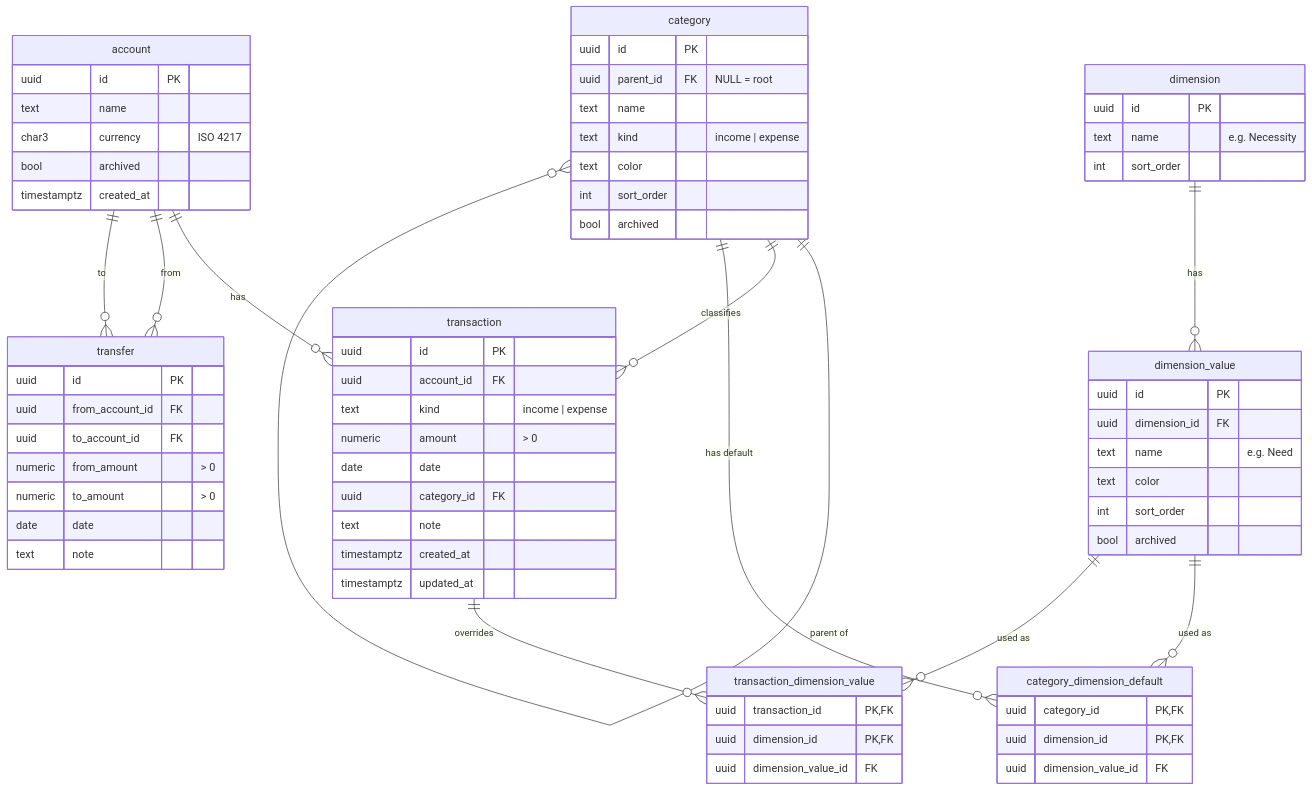
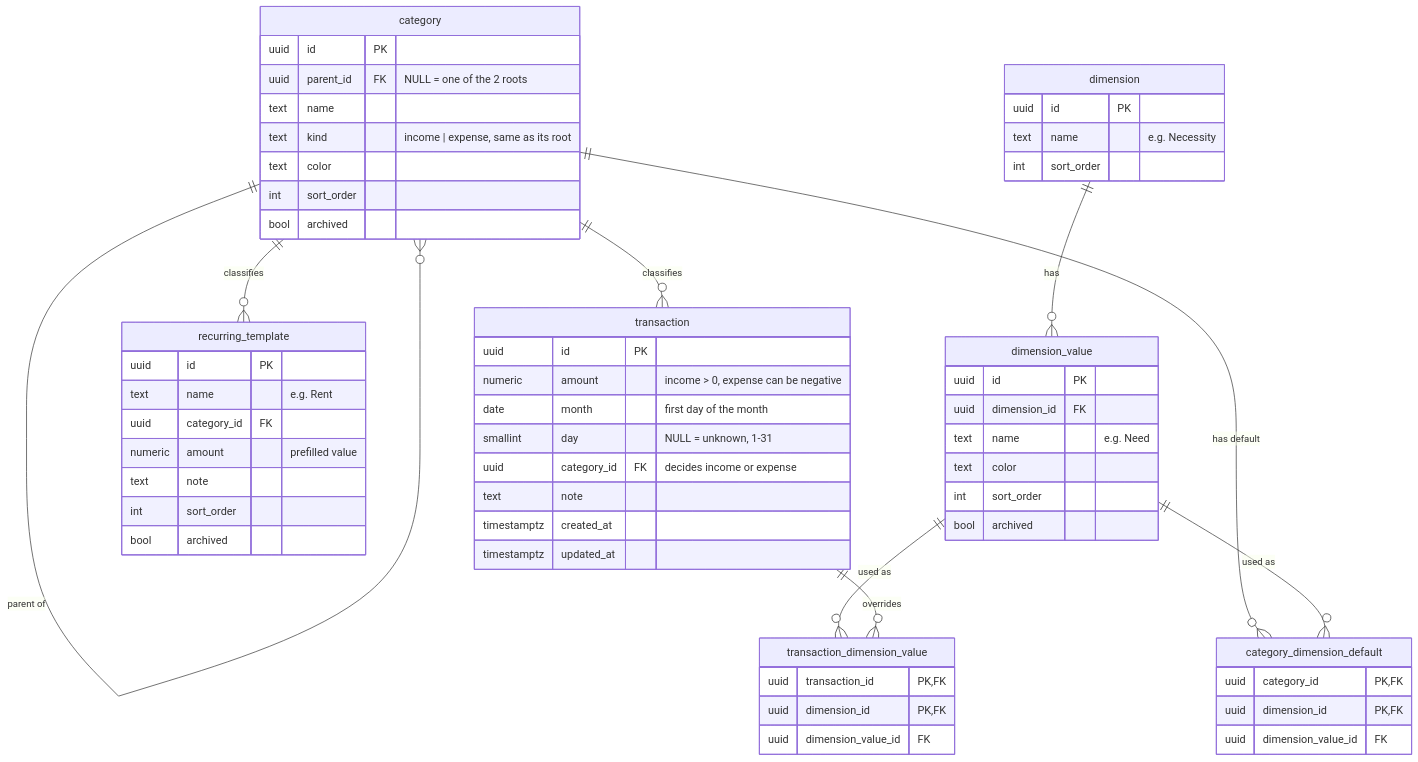
Before and after one commit to andrejkaseverka/finance-tracker: the diagram in docs/DATA-MODEL.md, drawn with Mermaid. The commit also changed other lines of this file and 4 other files, not shown here.

````diff
--- a/docs/DATA-MODEL.md
+++ b/docs/DATA-MODEL.md
@@ -7,73 +8,63 @@
 ```mermaid
 erDiagram
-    account ||--o{ transaction : "has"
-    account ||--o{ transfer : "from"
-    account ||--o{ transfer : "to"
     category ||--o{ category : "parent of"
     category ||--o{ transaction : "classifies"
+    category ||--o{ recurring_template : "classifies"
     category ||--o{ category_dimension_default : "has default"
     dimension ||--o{ dimension_value : "has"
     dimension_value ||--o{ category_dimension_default : "used as"
     dimension_value ||--o{ transaction_dimension_value : "used as"
     transaction ||--o{ transaction_dimension_value : "overrides"
 
-    account {
-        uuid id PK
-        text name
-        char3 currency "ISO 4217"
-        bool archived
-        timestamptz created_at
-    }
     category {
         uuid id PK
-        uuid parent_id FK "NULL = root"
+        uuid parent_id FK "NULL = one of the 2 roots"
         text name
-        text kind "income | expense"
+        text kind "income | expense, same as its root"
         text color
         int sort_order
         bool archived
     }
     dimension {
         uuid id PK
         text name "e.g. Necessity"
         int sort_order
     }
     dimension_value {
         uuid id PK
         uuid dimension_id FK
         text name "e.g. Need"
         text color
         int sort_order
         bool archived
     }
     category_dimension_default {
         uuid category_id PK, FK
         uuid dimension_id PK, FK
         uuid dimension_value_id FK
     }
     transaction {
         uuid id PK
-        uuid account_id FK
-        text kind "income | expense"
-        numeric amount "> 0"
-        date date
-        uuid category_id FK
+        numeric amount "income > 0, expense can be negative"
+        date month "first day of the month"
+        smallint day "NULL = unknown, 1-31"
+        uuid category_id FK "decides income or expense"
         text note
         timestamptz created_at
         timestamptz updated_at
     }
     transaction_dimension_value {
         uuid transaction_id PK, FK
         uuid dimension_id PK, FK
         uuid dimension_value_id FK
     }
-    transfer {
+    recurring_template {
         uuid id PK
-        uuid from_account_id FK
-        uuid to_account_id FK
-        numeric from_amount "> 0"
-        numeric to_amount "> 0"
-        date date
+        text name "e.g. Rent"
+        uuid category_id FK
+        numeric amount "prefilled value"
         text note
+        int sort_order
+        bool archived
     }
 ```
````
